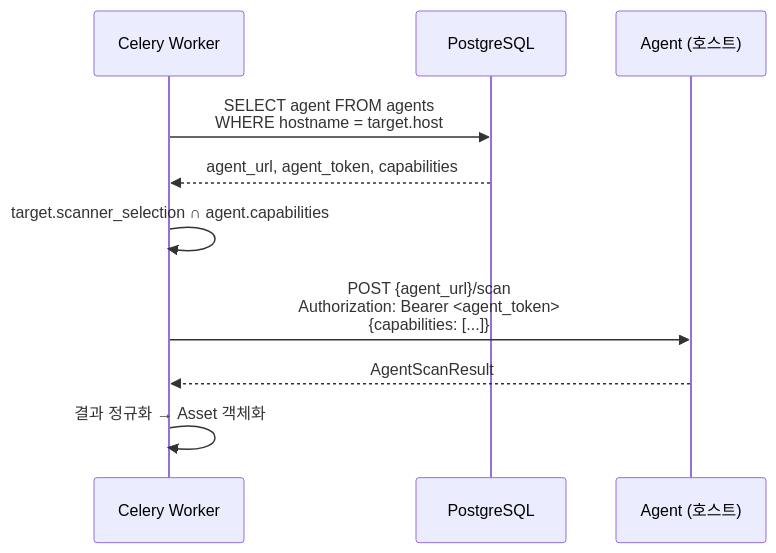
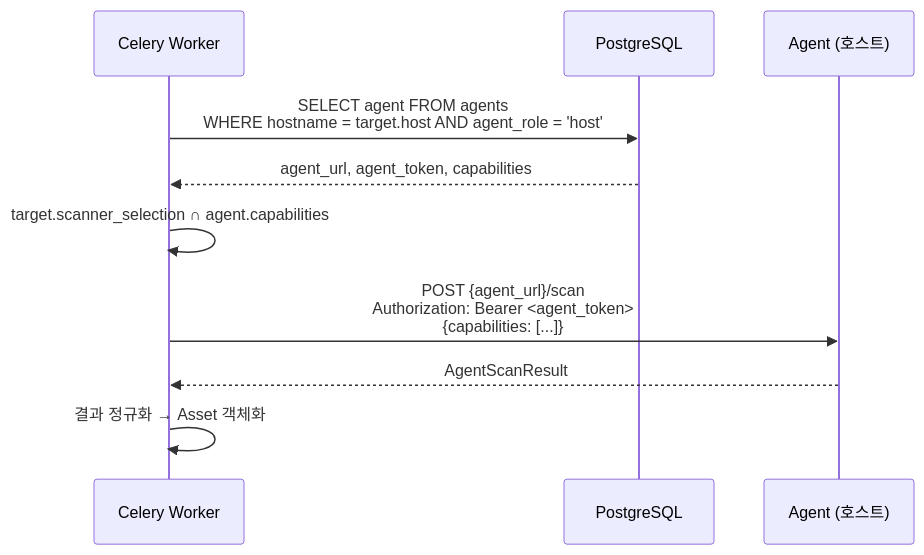
The third of 3 diagrams in docs/04-agent.md (ehdgks0627/crypto-scanner), drawn with Mermaid before and after one commit. The commit also changed other lines of this file and 30 other files, not shown here.

````diff
--- a/docs/04-agent.md
+++ b/docs/04-agent.md
@@ -285,13 +301,13 @@
 ```mermaid
 sequenceDiagram
     participant W as Celery Worker
     participant DB as PostgreSQL
     participant A as Agent (호스트)
 
-    W->>DB: SELECT agent FROM agents<br/>WHERE hostname = target.host
+    W->>DB: SELECT agent FROM agents<br/>WHERE hostname = target.host AND agent_role = 'host'
     DB-->>W: agent_url, agent_token, capabilities
     W->>W: target.scanner_selection ∩ agent.capabilities
     W->>A: POST {agent_url}/scan<br/>Authorization: Bearer <agent_token><br/>{capabilities: [...]}
     A-->>W: AgentScanResult
     W->>W: 결과 정규화 → Asset 객체화
 ```
````
